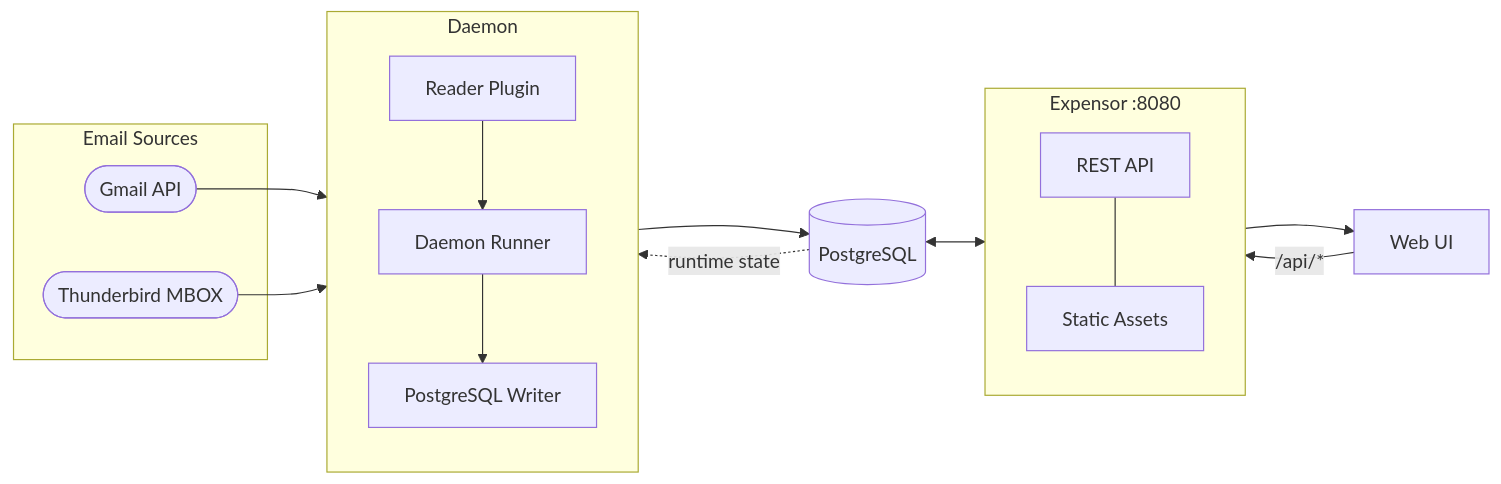
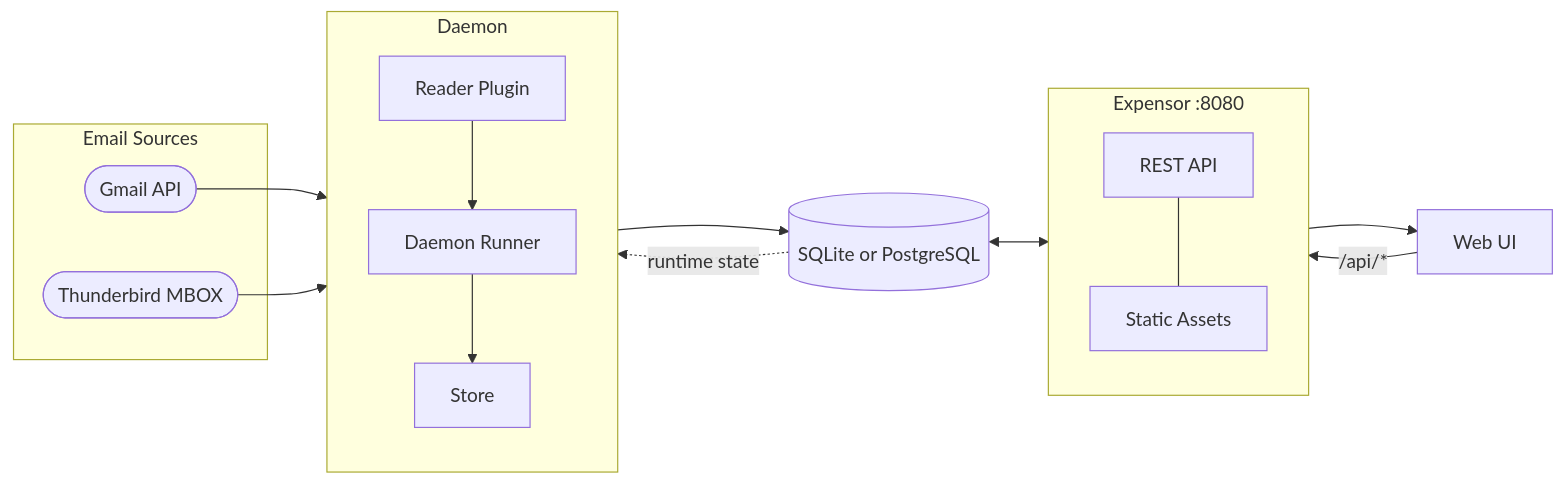
The diagram in README.md (ArionMiles/expensor), drawn with Mermaid before and after one commit. The commit also changed other lines of this file and 83 other files, not shown here.

````diff
--- a/README.md
+++ b/README.md
@@ -128,25 +140,25 @@
 ```mermaid
 flowchart LR
     subgraph Sources["Email Sources"]
         Gmail([Gmail API])
         TB([Thunderbird MBOX])
     end
 
     subgraph Daemon
         direction TB
-        Reader[Reader Plugin] --> Runner[Daemon Runner] --> Writer[PostgreSQL Writer]
+        Reader[Reader Plugin] --> Runner[Daemon Runner] --> Writer[Store]
     end
 
     subgraph App["Expensor :8080"]
         direction TB
         API[REST API] --- Static[Static Assets]
     end
 
     Gmail --> Reader
     TB --> Reader
-    Writer --> DB[(PostgreSQL)]
+    Writer --> DB[(SQLite or PostgreSQL)]
     DB <--> API
     DB -. runtime state .-> Runner
     Static --> UI[Web UI]
     UI -- /api/* --> API
 ```
````
